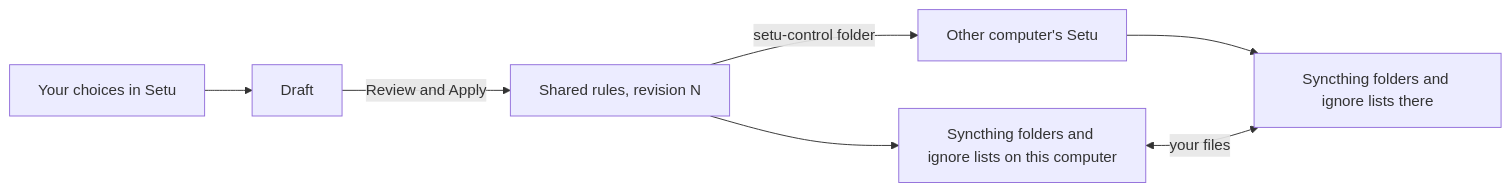
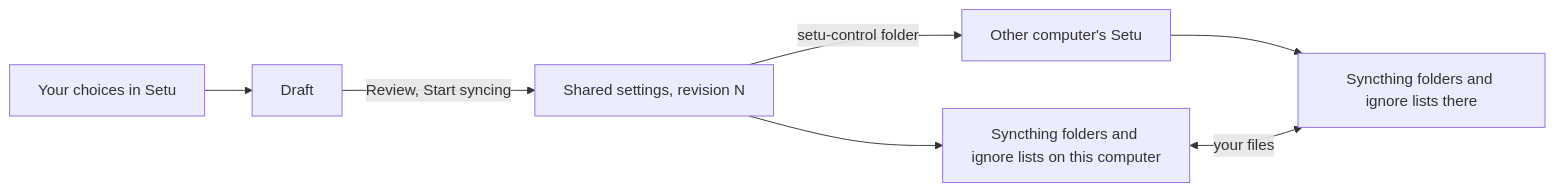
The diagram in README.md (sudharamachandranrajeev/setu-sync-manager), drawn with Mermaid before and after one commit. The commit also changed other lines of this file and 9 other files, not shown here.

````diff
--- a/README.md
+++ b/README.md
@@ -98,9 +105,9 @@
 ```mermaid
 flowchart LR
   A[Your choices in Setu] --> B[Draft]
-  B -->|Review and Apply| C[Shared rules, revision N]
+  B -->|Review, Start syncing| C[Shared settings, revision N]
   C -->|setu-control folder| D[Other computer's Setu]
   C --> E[Syncthing folders and ignore lists on this computer]
   D --> F[Syncthing folders and ignore lists there]
   E <-->|your files| F
 ```
````
